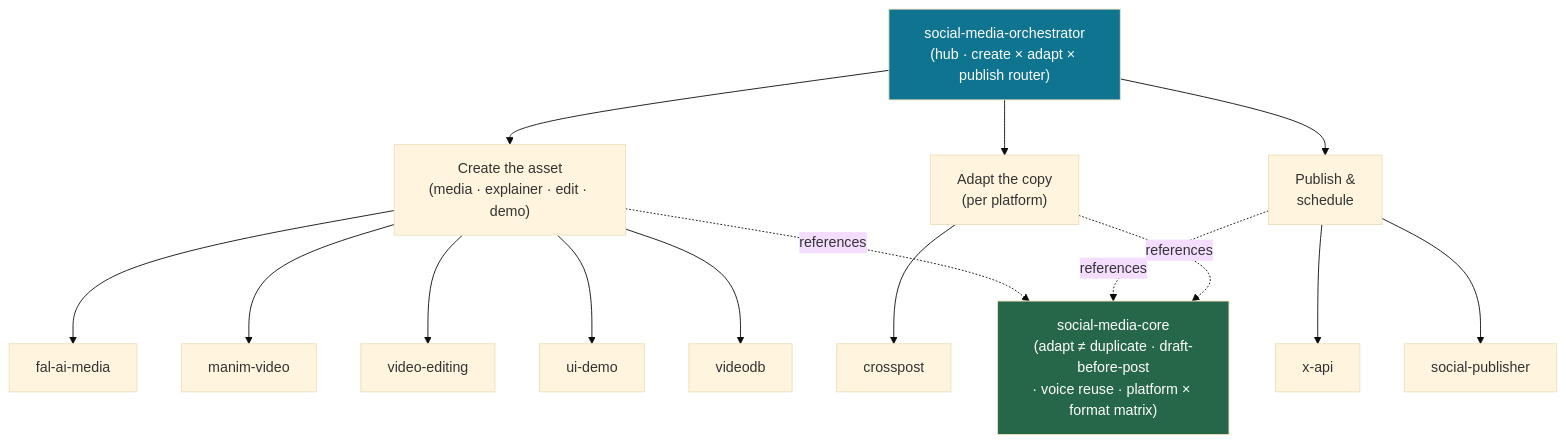
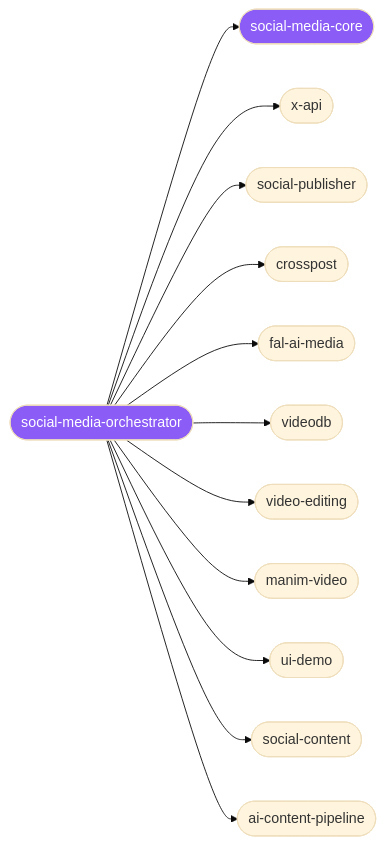
One commit to Sheshiyer/skill-clusters changed the diagram in clusters/social-media/README.md. Above: the diagram before and after it, drawn with Mermaid (base theme). The commit also changed other lines of this file and 44 other files, not shown here.

````diff
--- a/clusters/social-media/README.md
+++ b/clusters/social-media/README.md
@@ -31,21 +18,15 @@
 ```mermaid
-graph TD
-    O["social-media-orchestrator<br/>(hub · create × adapt × publish router)"]
-    O --> CR["Create the asset<br/>(media · explainer · edit · demo)"]
-    O --> AD["Adapt the copy<br/>(per platform)"]
-    O --> PUB["Publish &<br/>schedule"]
-    CR --> M1["fal-ai-media"]
-    CR --> M2["manim-video"]
-    CR --> M3["video-editing"]
-    CR --> M4["ui-demo"]
-    CR --> M5["videodb"]
-    AD --> A1["crosspost"]
-    PUB --> P1["x-api"]
-    PUB --> P2["social-publisher"]
-    AD -. references .-> C["social-media-core<br/>(adapt ≠ duplicate · draft-before-post<br/>· voice reuse · platform × format matrix)"]
-    PUB -. references .-> C
-    CR -. references .-> C
-
-    style O fill:#0e7490,color:#fff
-    style C fill:#276749,color:#fff
+graph LR
+  o([social-media-orchestrator]):::hub --> c([social-media-core]):::hub
+  o --> s1([x-api])
+  o --> s2([social-publisher])
+  o --> s3([crosspost])
+  o --> s4([fal-ai-media])
+  o --> s5([videodb])
+  o --> s6([video-editing])
+  o --> s7([manim-video])
+  o --> s8([ui-demo])
+  o --> s9([social-content])
+  o --> s10([ai-content-pipeline])
+  classDef hub fill:#8b5cf6,color:#fff;
 ```
````
